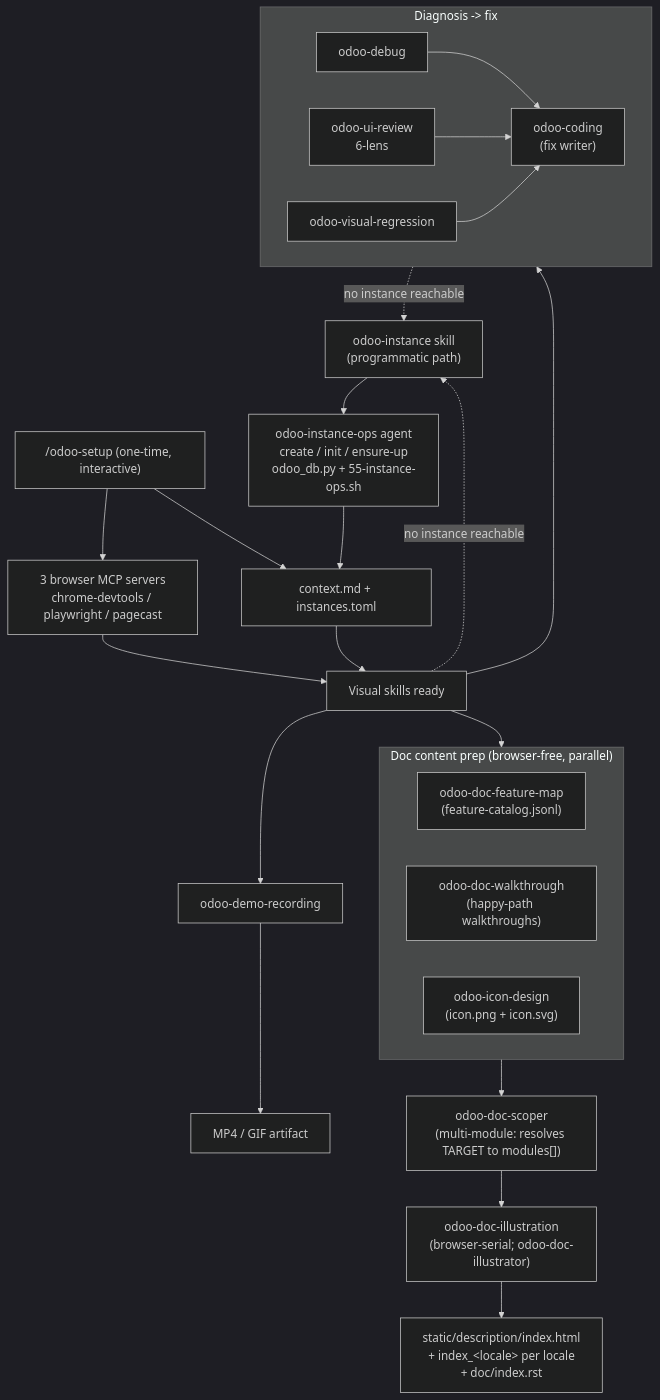
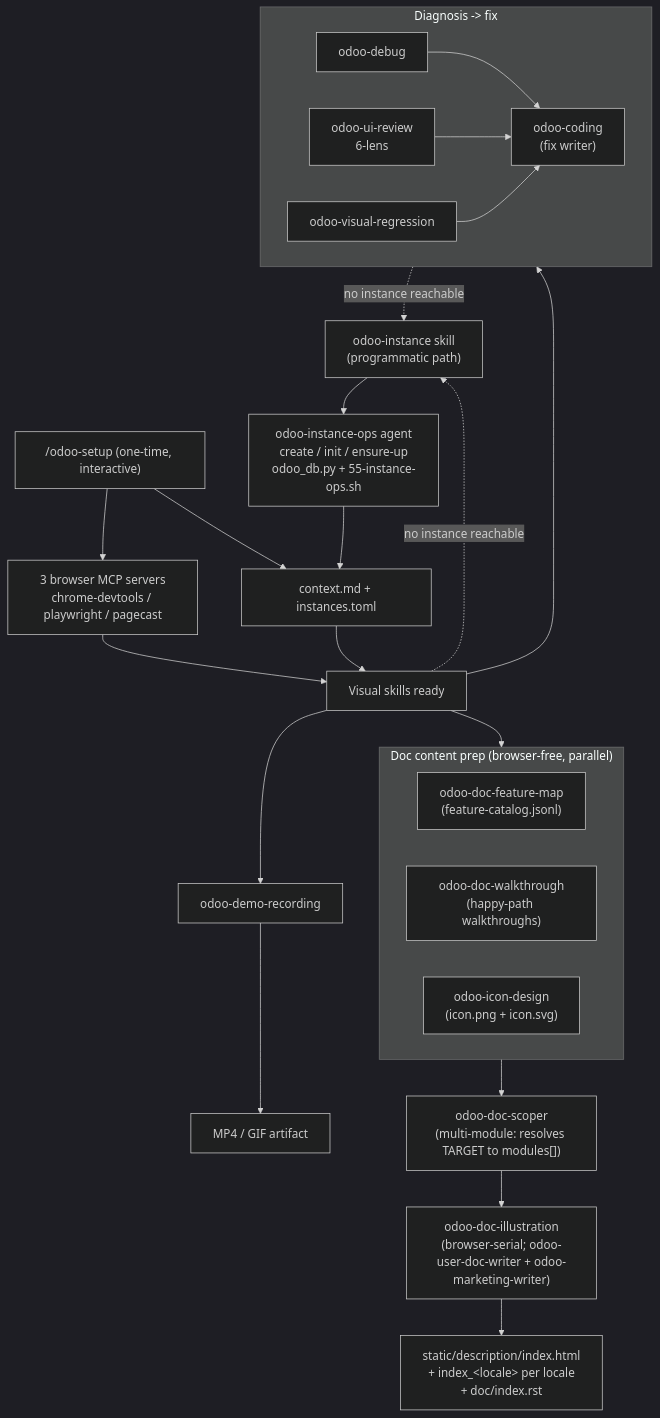
One commit to Viindoo/odoo-mcp-client changed the fourth of 8 diagrams in plugins/odoo-ai-agents/README.md. Above: the diagram before and after it, drawn with Mermaid (dark theme). The commit also changed other lines of this file and 20 other files, not shown here.

First line of the commit message:
refactor(odoo-ai-agents): split doc-illustrator into audience-pure user-doc-writer + marketing-writer; skill owns orchestration

````diff
--- a/plugins/odoo-ai-agents/README.md
+++ b/plugins/odoo-ai-agents/README.md
@@ -308,37 +308,37 @@
 ```mermaid
 flowchart TD
     SETUP["/odoo-setup (one-time, interactive)"]
     SETUP --> MCPW["3 browser MCP servers<br/>chrome-devtools / playwright / pagecast"]
     SETUP --> CTX["context.md + instances.toml"]
 
     INST["odoo-instance skill<br/>(programmatic path)"]
     INST --> IOPS["odoo-instance-ops agent<br/>create / init / ensure-up<br/>odoo_db.py + 55-instance-ops.sh"]
     IOPS --> CTX
 
     MCPW --> SK["Visual skills ready"]
     CTX --> SK
 
     subgraph FIX_SKILLS["Diagnosis -> fix"]
         UID["odoo-debug"] --> FC["odoo-coding<br/>(fix writer)"]
         UIR["odoo-ui-review<br/>6-lens"] --> FC
         VR["odoo-visual-regression"] --> FC
     end
 
     SK --> FIX_SKILLS
     SK --> DR["odoo-demo-recording"]
     DR --> MEDIA["MP4 / GIF artifact"]
 
     subgraph DOC_PREP["Doc content prep (browser-free, parallel)"]
         FMP["odoo-doc-feature-map<br/>(feature-catalog.jsonl)"]
         WLK["odoo-doc-walkthrough<br/>(happy-path walkthroughs)"]
         ICN["odoo-icon-design<br/>(icon.png + icon.svg)"]
     end
 
     SK --> DOC_PREP
     DOC_PREP --> DOCSCOPER["odoo-doc-scoper<br/>(multi-module: resolves TARGET to modules[])"]
-    DOCSCOPER --> DOCILL["odoo-doc-illustration<br/>(browser-serial; odoo-doc-illustrator)"]
+    DOCSCOPER --> DOCILL["odoo-doc-illustration<br/>(browser-serial; odoo-user-doc-writer + odoo-marketing-writer)"]
     DOCILL --> DOCOUT["static/description/index.html<br/>+ index_&lt;locale&gt; per locale<br/>+ doc/index.rst"]
 
     FIX_SKILLS -. "no instance reachable" .-> INST
     SK -. "no instance reachable" .-> INST
 ```
````
